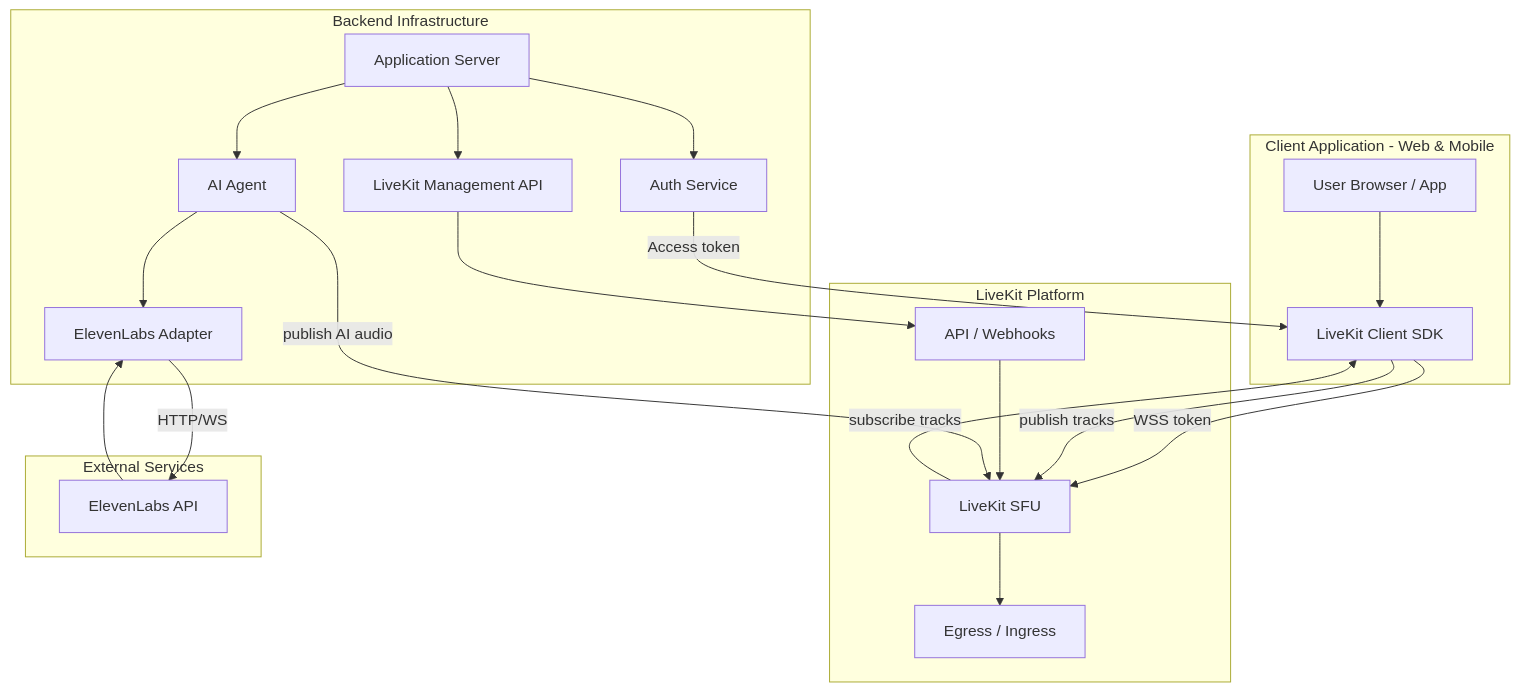
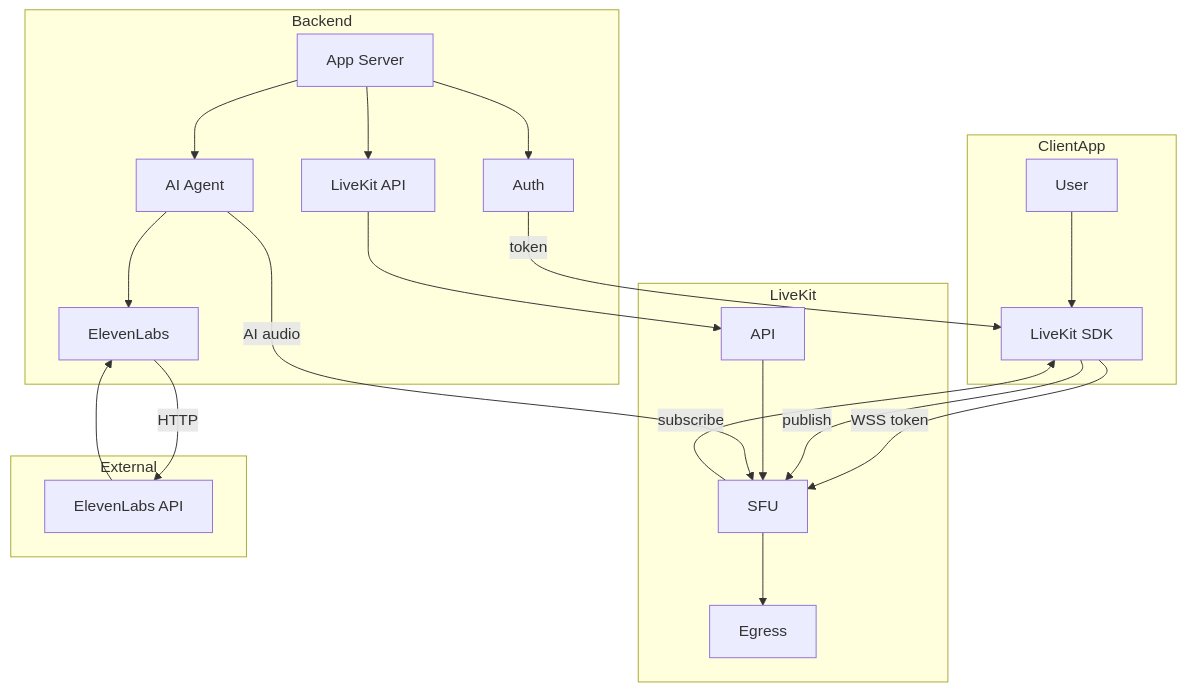
The first of 2 diagrams in artificial-intelligence/docs/livekit-architecture.md (Archit3115/artificial-intelligence), drawn with Mermaid before and after one commit.

Commit message:
docs: simplify Mermaid diagram for GitHub rendering

````diff
--- a/artificial-intelligence/docs/livekit-architecture.md
+++ b/artificial-intelligence/docs/livekit-architecture.md
@@ -15,48 +15,43 @@
 ```mermaid
-flowchart TD
-  subgraph ClientApp[Client Application - Web & Mobile]
-    A[User Browser / App]
-    SDK[LiveKit Client SDK]
-    A --> SDK
+graph TD
+  subgraph ClientApp
+    C1[User]
+    C2[LiveKit SDK]
+    C1 --> C2
   end
 
-  subgraph Backend[Backend Infrastructure]
-    B[Application Server]
-    C[Auth Service]
-    D[AI Agent]
-    E[ElevenLabs Adapter]
-    F[LiveKit Management API]
-    B --> C
-    B --> D
-    D --> E
-    B --> F
+  subgraph Backend
+    B1[App Server]
+    B2[Auth]
+    B3[AI Agent]
+    B4[ElevenLabs]
+    B5[LiveKit API]
+    B1 --> B2
+    B1 --> B3
+    B3 --> B4
+    B1 --> B5
   end
 
-  subgraph LiveKit[LiveKit Platform]
-    G[LiveKit SFU]
-    H[API / Webhooks]
-    I[Egress / Ingress]
-    G --> I
+  subgraph LiveKit
+    L1[SFU]
+    L2[API]
+    L3[Egress]
+    L1 --> L3
   end
 
-  subgraph External[External Services]
-    J[ElevenLabs API]
+  subgraph External
+    E1[ElevenLabs API]
   end
 
-  %% Connections
-  SDK -->|WSS token| G
-  C -->|Access token| SDK
-  SDK -->|publish tracks| G
-  G -->|subscribe tracks| SDK
+  C2 -->|WSS token| L1
+  B2 -->|token| C2
+  C2 -->|publish| L1
+  L1 -->|subscribe| C2
 
-  F --> H
-  H --> G
-  D -->|publish AI audio| G
-  E -->|HTTP/WS| J
-  J --> E
+  B5 --> L2
+  L2 --> L1
+  B3 -->|AI audio| L1
+  B4 -->|HTTP| E1
+  E1 --> B4
 
-  classDef client fill:#E3F2FD,stroke:#0D47A1;
-  classDef server fill:#E8F5E9,stroke:#1B5E20;
-  classDef infra fill:#FFF3E0,stroke:#E65100;
-  classDef storage fill:#F3E5F5,stroke:#6A1B9A;
 ```
````
